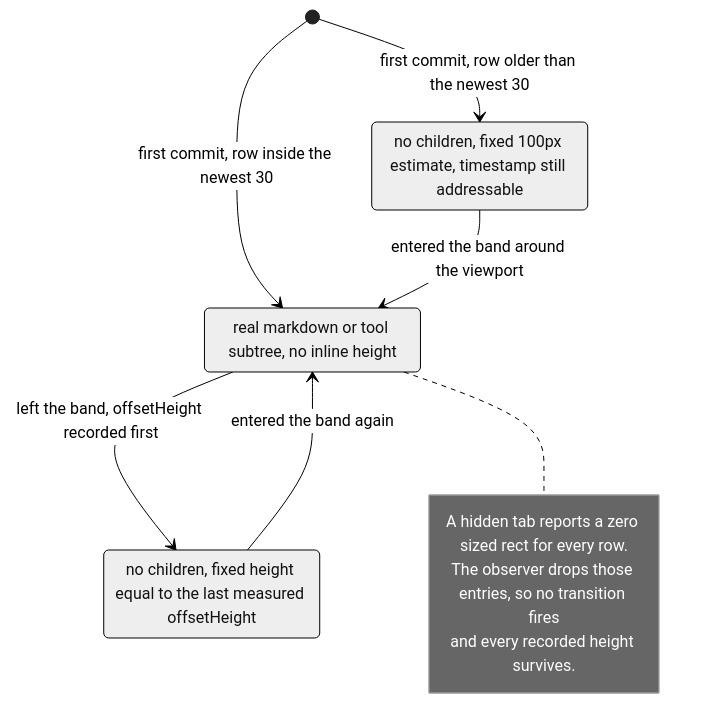
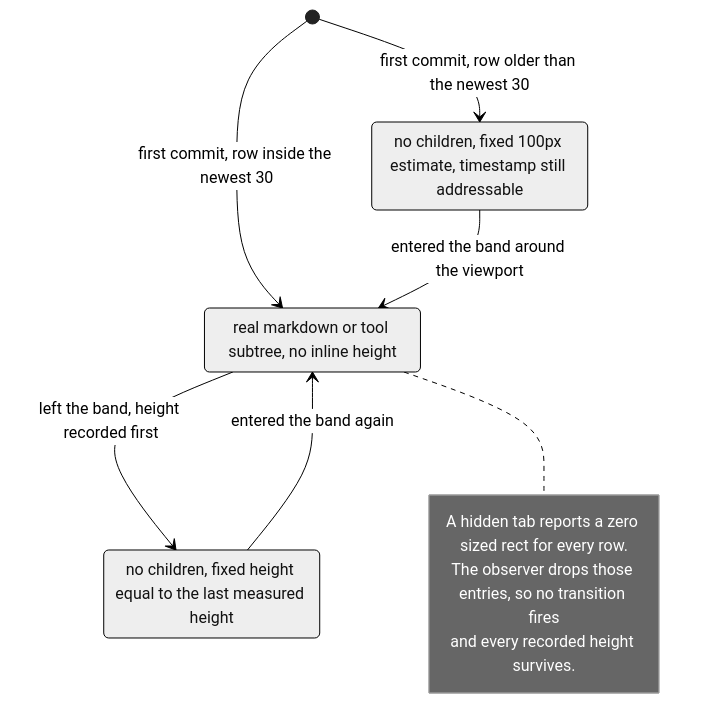
One commit to selierlin/cloudcli changed the third of 3 diagrams in docs/architecture/04-message-store-and-lazy-loading.md. Above: the diagram before and after it, drawn with Mermaid (neutral theme). The commit also changed other lines of this file and 3 other files, not shown here.

````diff
--- a/docs/architecture/04-message-store-and-lazy-loading.md
+++ b/docs/architecture/04-message-store-and-lazy-loading.md
@@ -400,16 +400,16 @@
 ```mermaid
 stateDiagram-v2
     [*] --> Placeholder: first commit, row older than the newest 30
     [*] --> Mounted: first commit, row inside the newest 30
     Placeholder: no children, fixed 100px estimate, timestamp still addressable
-    MeasuredPlaceholder: no children, fixed height equal to the last measured offsetHeight
+    MeasuredPlaceholder: no children, fixed height equal to the last measured height
     Mounted: real markdown or tool subtree, no inline height
     Placeholder --> Mounted: entered the band around the viewport
-    Mounted --> MeasuredPlaceholder: left the band, offsetHeight recorded first
+    Mounted --> MeasuredPlaceholder: left the band, height recorded first
     MeasuredPlaceholder --> Mounted: entered the band again
     note right of Mounted
       A hidden tab reports a zero sized rect for every row.
       The observer drops those entries, so no transition fires
       and every recorded height survives.
     end note
 ```
````
